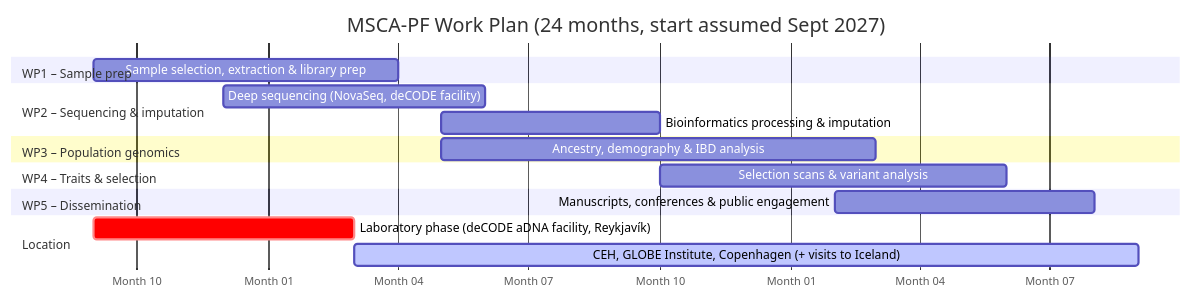
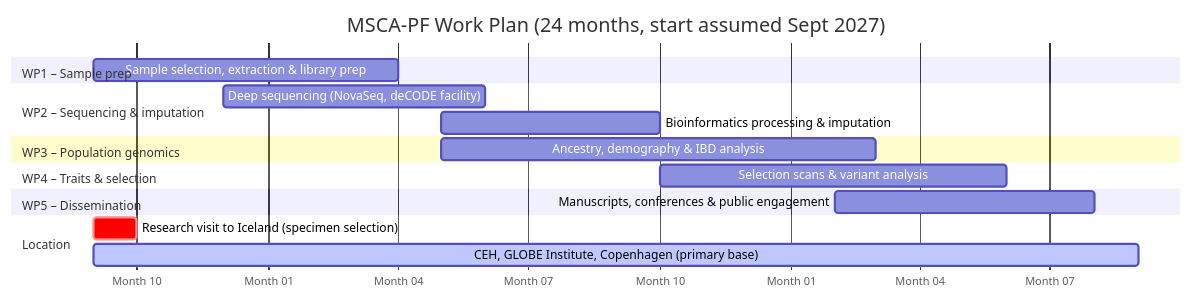
Before and after one commit to Sunna-coder/adna_icelandic_horse: the diagram in draftsNew/section3_implementation_updated.md, drawn with Mermaid. The commit also changed other lines of this file and 7 other files, not shown here.

````diff
--- a/draftsNew/section3_implementation_updated.md
+++ b/draftsNew/section3_implementation_updated.md
@@ -55,26 +53,26 @@
 ```mermaid
 gantt
     title MSCA-PF Work Plan (24 months, start assumed Sept 2027)
     dateFormat YYYY-MM
     axisFormat Month %m
 
     section WP1 – Sample prep
     Sample selection, extraction & library prep   :wp1, 2027-09, 7M
 
     section WP2 – Sequencing & imputation
     Deep sequencing (NovaSeq, deCODE facility)    :wp2a, 2027-12, 6M
     Bioinformatics processing & imputation        :wp2b, 2028-05, 5M
 
     section WP3 – Population genomics
     Ancestry, demography & IBD analysis           :wp3, 2028-05, 10M
 
     section WP4 – Traits & selection
     Selection scans & variant analysis            :wp4, 2028-10, 8M
 
     section WP5 – Dissemination
     Manuscripts, conferences & public engagement  :wp5, 2029-02, 6M
 
     section Location
-    Laboratory phase (deCODE aDNA facility, Reykjavík)        :crit, loc1, 2027-09, 6M
-    CEH, GLOBE Institute, Copenhagen (+ visits to Iceland)    :active, loc2, 2028-03, 18M
+    Research visit to Iceland (specimen selection)             :crit, loc1, 2027-09, 1M
+    CEH, GLOBE Institute, Copenhagen (primary base)            :active, loc2, 2027-09, 24M
 ```
````
